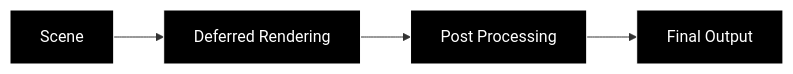
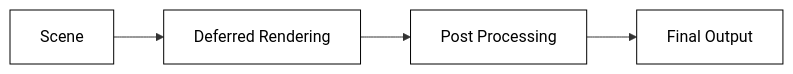
Before and after one commit to ukonpower/OREngine: the second of 2 diagrams in docs/README.md, drawn with Mermaid. The commit also changed other lines of this file and 6 other files, not shown here.

````diff
--- a/docs/README.md
+++ b/docs/README.md
@@ -96,11 +96,11 @@
 ```mermaid
 graph LR
     Scene[Scene] --> Deferred[Deferred Rendering]
     Deferred --> Post[Post Processing]
     Post --> Final[Final Output]
 
-    style Scene fill:#000,stroke:#fff,color:#fff
-    style Deferred fill:#000,stroke:#fff,color:#fff
-    style Post fill:#000,stroke:#fff,color:#fff
-    style Final fill:#000,stroke:#fff,color:#fff
+    style Scene fill:#fff,stroke:#000,color:#000
+    style Deferred fill:#fff,stroke:#000,color:#000
+    style Post fill:#fff,stroke:#000,color:#000
+    style Final fill:#fff,stroke:#000,color:#000
 ```
````
